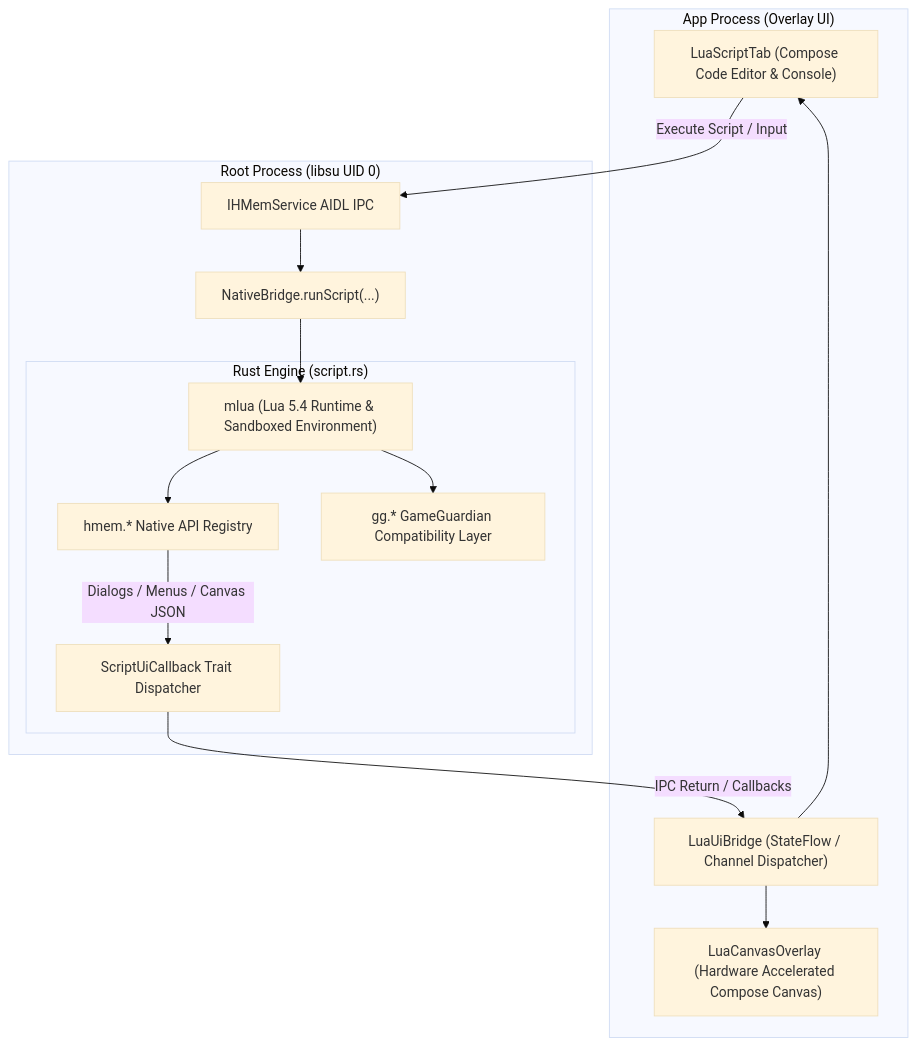
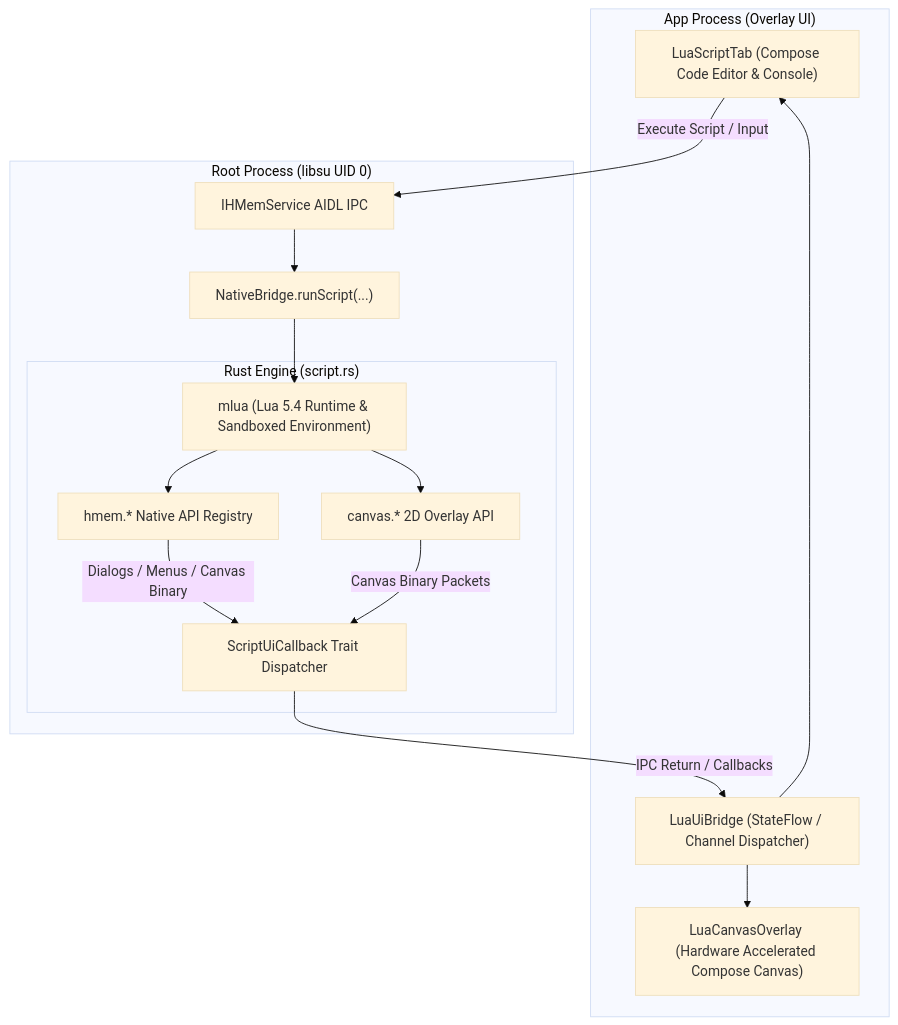
One commit to Yervant7/HuntMemory changed the first of 2 diagrams in docs/lua-scripting.md. Above: the diagram before and after it, drawn with Mermaid (base theme). The commit also changed other lines of this file and 62 other files, not shown here.

````diff
--- a/docs/lua-scripting.md
+++ b/docs/lua-scripting.md
@@ -11,29 +9,30 @@
 ```mermaid
 graph TD
     subgraph Userspace_UI ["App Process (Overlay UI)"]
         UI_Tab["LuaScriptTab (Compose Code Editor & Console)"]
         Canvas_UI["LuaCanvasOverlay (Hardware Accelerated Compose Canvas)"]
         Bridge["LuaUiBridge (StateFlow / Channel Dispatcher)"]
     end
 
     subgraph Root_Service ["Root Process (libsu UID 0)"]
         AIDL["IHMemService AIDL IPC"]
         JNI["NativeBridge.runScript(...)"]
         subgraph Rust_Mlua ["Rust Engine (script.rs)"]
             MLUA["mlua (Lua 5.4 Runtime & Sandboxed Environment)"]
             HMEM_API["hmem.* Native API Registry"]
-            GG_API["gg.* GameGuardian Compatibility Layer"]
+            CANVAS_API["canvas.* 2D Overlay API"]
             CB["ScriptUiCallback Trait Dispatcher"]
         end
     end
 
     UI_Tab -- "Execute Script / Input" --> AIDL
     AIDL --> JNI
     JNI --> MLUA
     MLUA --> HMEM_API
-    MLUA --> GG_API
-    HMEM_API -- "Dialogs / Menus / Canvas JSON" --> CB
+    MLUA --> CANVAS_API
+    HMEM_API -- "Dialogs / Menus / Canvas Binary" --> CB
+    CANVAS_API -- "Canvas Binary Packets" --> CB
     CB -- "IPC Return / Callbacks" --> Bridge
     Bridge --> Canvas_UI
     Bridge --> UI_Tab
 ```
````
